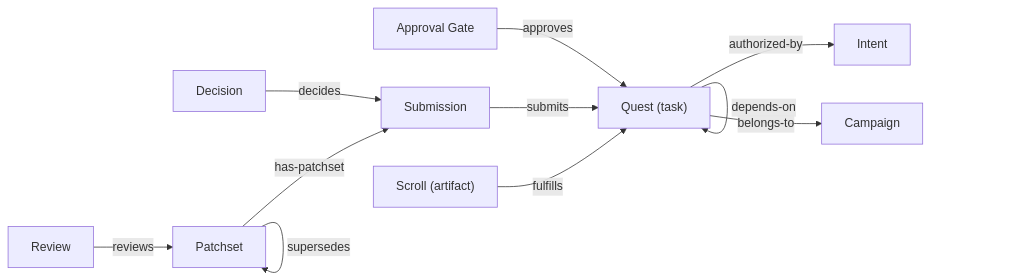
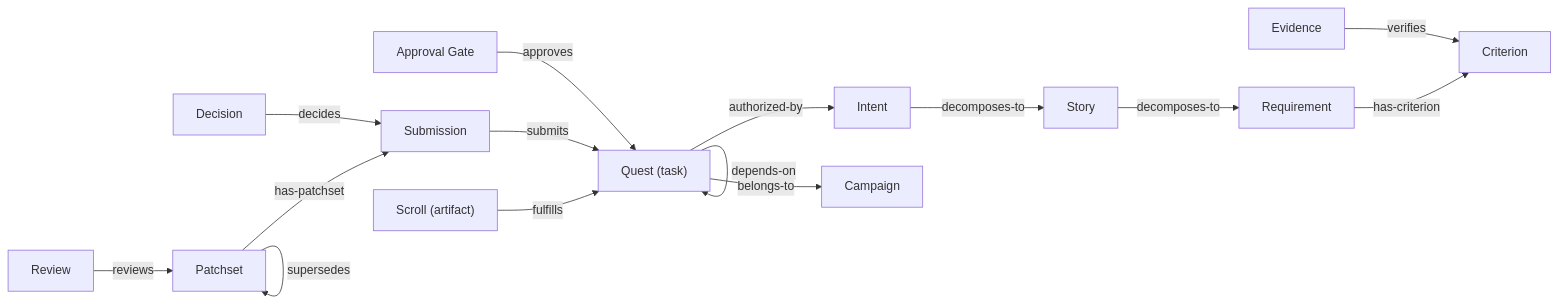
The diagram in docs/canonical/GRAPH_SCHEMA.md (flyingrobots/xyph), drawn with Mermaid before and after one commit. The commit also changed 8 other files, not shown here.

First line of the commit message:
fix: resolve review findings in Mermaid diagrams (WVR-006)

````diff
--- a/docs/canonical/GRAPH_SCHEMA.md
+++ b/docs/canonical/GRAPH_SCHEMA.md
@@ -267,23 +267,31 @@
 ```mermaid
 graph LR
     intent["Intent"]
     task["Quest (task)"]
     campaign["Campaign"]
     artifact["Scroll (artifact)"]
     approval["Approval Gate"]
     submission["Submission"]
     patchset["Patchset"]
     review["Review"]
     decision["Decision"]
+    story["Story"]
+    req["Requirement"]
+    criterion["Criterion"]
+    evidence["Evidence"]
 
     task -->|belongs-to| campaign
     task -->|authorized-by| intent
     task -->|depends-on| task
     artifact -->|fulfills| task
     submission -->|submits| task
     patchset -->|has-patchset| submission
     patchset -->|supersedes| patchset
     review -->|reviews| patchset
     decision -->|decides| submission
     approval -->|approves| task
+    intent -->|decomposes-to| story
+    story -->|decomposes-to| req
+    req -->|has-criterion| criterion
+    evidence -->|verifies| criterion
 ```
````
